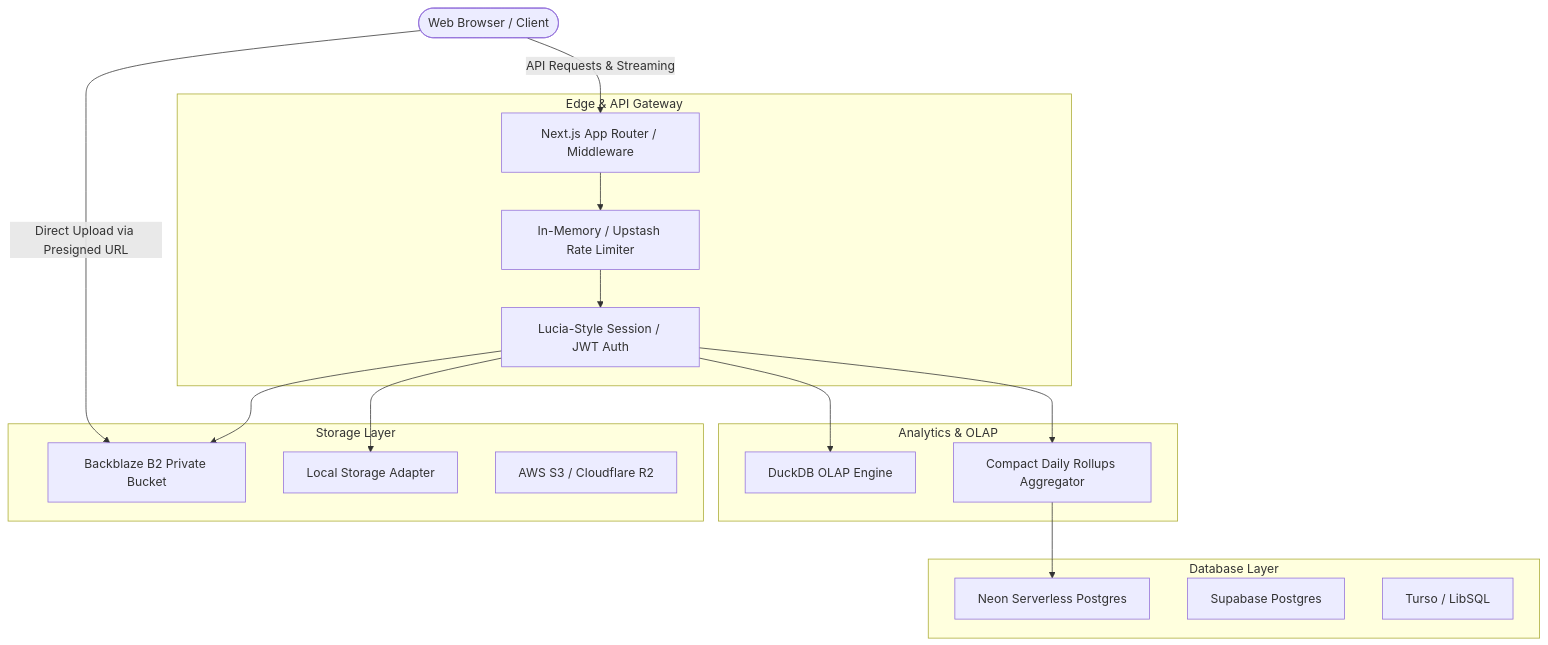
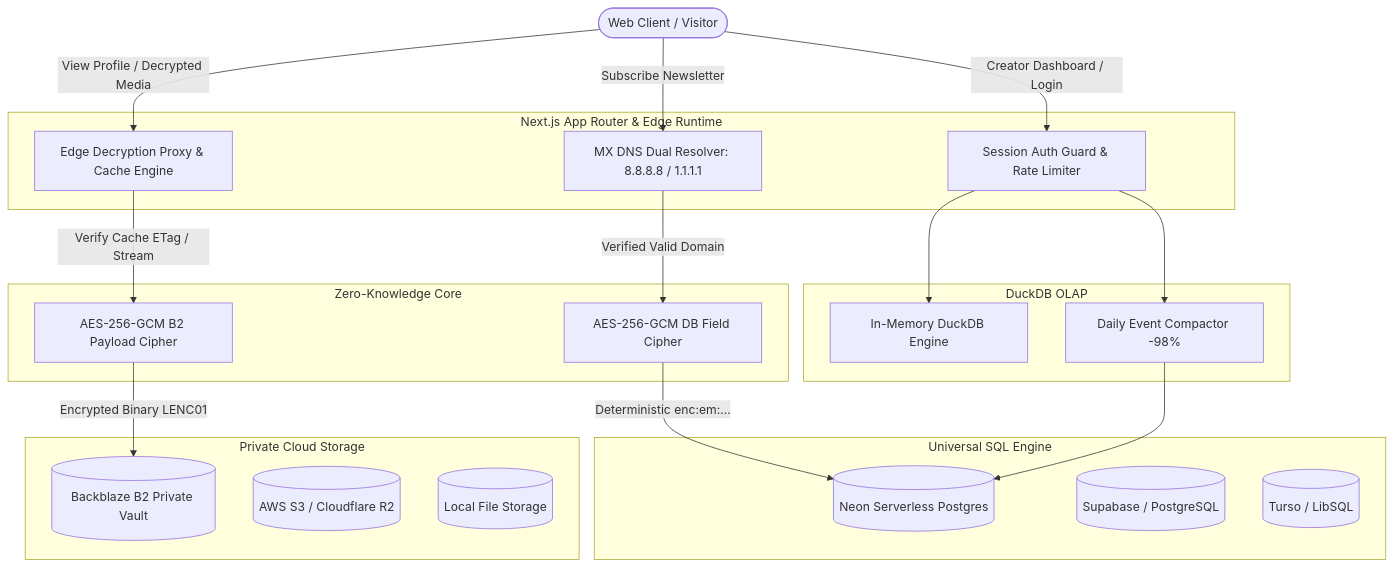
Before and after one commit to SudhirDevOps1/LinkForge: the diagram in README.md, drawn with Mermaid. The commit also changed other lines of this file, not shown here.

Commit message:
docs: modernize README with real enterprise features, encryption, and verified endpoints

````diff
--- a/README.md
+++ b/README.md
@@ -54,35 +76,44 @@
 ```mermaid
 flowchart TD
-    Client([Web Browser / Client])
+    Client([Web Client / Visitor])
     
-    subgraph Edge & API Gateway
-        Edge[Next.js App Router / Middleware]
-        RateLimit[In-Memory / Upstash Rate Limiter]
-        AuthGuard[Lucia-Style Session / JWT Auth]
+    subgraph Edge & API Layer [Next.js App Router & Edge Runtime]
+        Edge[Edge Decryption Proxy & Cache Engine]
+        DnsVerify[MX DNS Dual Resolver: 8.8.8.8 / 1.1.1.1]
+        AuthGuard[Session Auth Guard & Rate Limiter]
     end
 
-    subgraph Analytics & OLAP
-        DuckDB[DuckDB OLAP Engine]
-        Rollups[Compact Daily Rollups Aggregator]
+    subgraph Data & Encryption Security [Zero-Knowledge Core]
+        DbCipher[AES-256-GCM DB Field Cipher]
+        StorageCipher[AES-256-GCM B2 Payload Cipher]
     end
 
-    subgraph Storage Layer
-        B2[Backblaze B2 Private Bucket]
-        LocalDisk[Local Storage Adapter]
-        S3[AWS S3 / Cloudflare R2]
+    subgraph Storage Layer [Private Cloud Storage]
+        B2[(Backblaze B2 Private Vault)]
+        S3[(AWS S3 / Cloudflare R2)]
+        LocalDisk[(Local File Storage)]
     end
 
-    subgraph Database Layer
-        Neon[Neon Serverless Postgres]
-        Supabase[Supabase Postgres]
-        Turso[Turso / LibSQL]
+    subgraph Database Layer [Universal SQL Engine]
+        Neon[(Neon Serverless Postgres)]
+        Supabase[(Supabase / PostgreSQL)]
+        Turso[(Turso / LibSQL)]
     end
 
-    Client -->|Direct Upload via Presigned URL| B2
-    Client -->|API Requests & Streaming| Edge
-    Edge --> RateLimit --> AuthGuard
+    subgraph Analytics Layer [DuckDB OLAP]
+        DuckDB[In-Memory DuckDB Engine]
+        Rollups[Daily Event Compactor -98%]
+    end
+
+    Client -->|View Profile / Decrypted Media| Edge
+    Edge -->|Verify Cache ETag / Stream| StorageCipher
+    StorageCipher -->|Encrypted Binary LENC01| B2
+    
+    Client -->|Subscribe Newsletter| DnsVerify
+    DnsVerify -->|Verified Valid Domain| DbCipher
+    DbCipher -->|Deterministic enc:em:...| Neon
+
+    Client -->|Creator Dashboard / Login| AuthGuard
     AuthGuard --> DuckDB
     AuthGuard --> Rollups --> Neon
-    AuthGuard --> B2
-    AuthGuard --> LocalDisk
 ```
````
